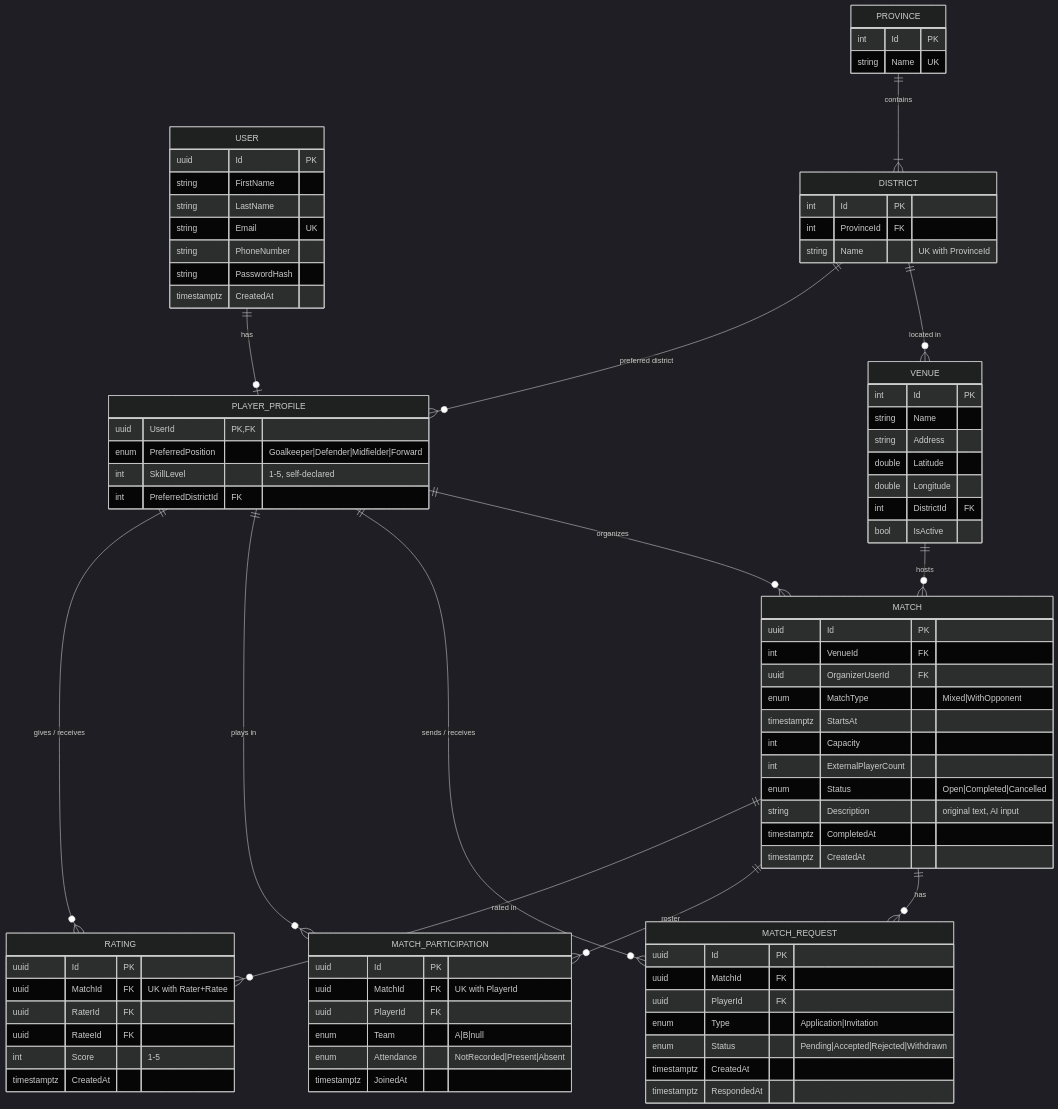
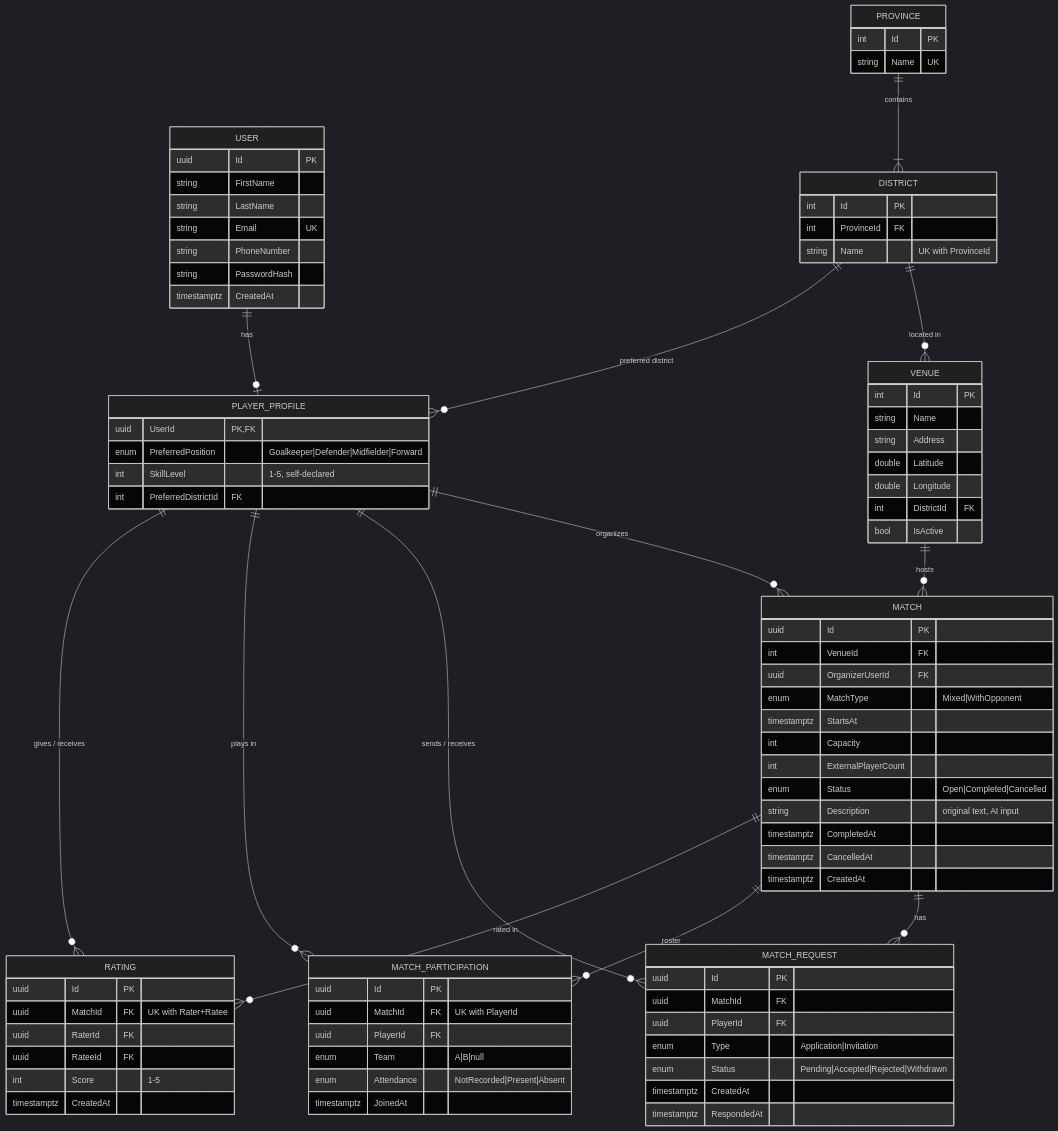
The diagram in docs/er-diagram.mmd (BeratTansu/halisaha-platform), drawn with Mermaid (dark theme) before and after one commit. The commit also changed 1 other file, not shown here.

Commit message:
docs(er-diagram): add CancelledAt to Match

```diff
--- a/docs/er-diagram.mmd
+++ b/docs/er-diagram.mmd
@@ -1,85 +1,86 @@
 erDiagram
     USER ||--o| PLAYER_PROFILE : "has"
     PROVINCE ||--|{ DISTRICT : "contains"
     DISTRICT ||--o{ VENUE : "located in"
     DISTRICT ||--o{ PLAYER_PROFILE : "preferred district"
     VENUE ||--o{ MATCH : "hosts"
     PLAYER_PROFILE ||--o{ MATCH : "organizes"
     MATCH ||--o{ MATCH_REQUEST : "has"
     PLAYER_PROFILE ||--o{ MATCH_REQUEST : "sends / receives"
     MATCH ||--o{ MATCH_PARTICIPATION : "roster"
     PLAYER_PROFILE ||--o{ MATCH_PARTICIPATION : "plays in"
     MATCH ||--o{ RATING : "rated in"
     PLAYER_PROFILE ||--o{ RATING : "gives / receives"
 
     USER {
         uuid Id PK
         string FirstName
         string LastName
         string Email UK
         string PhoneNumber
         string PasswordHash
         timestamptz CreatedAt
     }
     PLAYER_PROFILE {
         uuid UserId PK, FK
         enum PreferredPosition "Goalkeeper|Defender|Midfielder|Forward"
         int SkillLevel "1-5, self-declared"
         int PreferredDistrictId FK
     }
     PROVINCE {
         int Id PK
         string Name UK
     }
     DISTRICT {
         int Id PK
         int ProvinceId FK
         string Name "UK with ProvinceId"
     }
     VENUE {
         int Id PK
         string Name
         string Address
         double Latitude
         double Longitude
         int DistrictId FK
         bool IsActive
     }
     MATCH {
         uuid Id PK
         int VenueId FK
         uuid OrganizerUserId FK
         enum MatchType "Mixed|WithOpponent"
         timestamptz StartsAt
         int Capacity
         int ExternalPlayerCount
         enum Status "Open|Completed|Cancelled"
         string Description "original text, AI input"
         timestamptz CompletedAt
+	timestamptz CancelledAt
         timestamptz CreatedAt
     }
     MATCH_REQUEST {
         uuid Id PK
         uuid MatchId FK
         uuid PlayerId FK
         enum Type "Application|Invitation"
         enum Status "Pending|Accepted|Rejected|Withdrawn"
         timestamptz CreatedAt
         timestamptz RespondedAt
     }
     MATCH_PARTICIPATION {
         uuid Id PK
         uuid MatchId FK "UK with PlayerId"
         uuid PlayerId FK
         enum Team "A|B|null"
         enum Attendance "NotRecorded|Present|Absent"
         timestamptz JoinedAt
     }
     RATING {
         uuid Id PK
         uuid MatchId FK "UK with Rater+Ratee"
         uuid RaterId FK
         uuid RateeId FK
         int Score "1-5"
         timestamptz CreatedAt
     }
```
